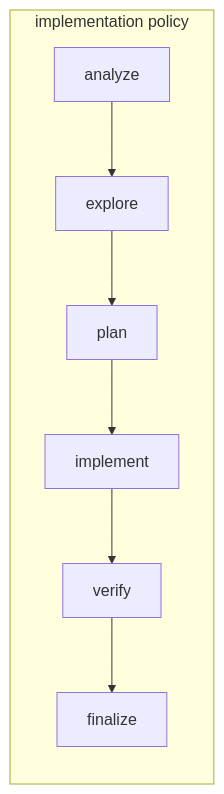
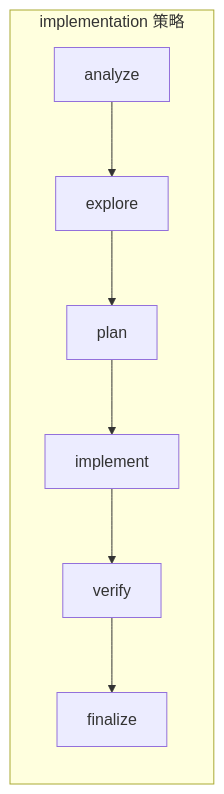
The seventh of 8 diagrams in docs/architecture.md (hanchaoqun/codrax), drawn with Mermaid before and after one commit. The commit also changed other lines of this file and 1 other file, not shown here.

Commit message:
Translate README.md and architecture.md to Chinese

````diff
--- a/docs/architecture.md
+++ b/docs/architecture.md
@@ -1013,6 +1013,6 @@
 ```mermaid
 graph LR
-    subgraph "implementation policy"
+    subgraph "implementation 策略"
         B1[analyze] --> B2[explore] --> B3[plan] --> B4[implement] --> B5[verify] --> B6[finalize]
     end
 ```
````
